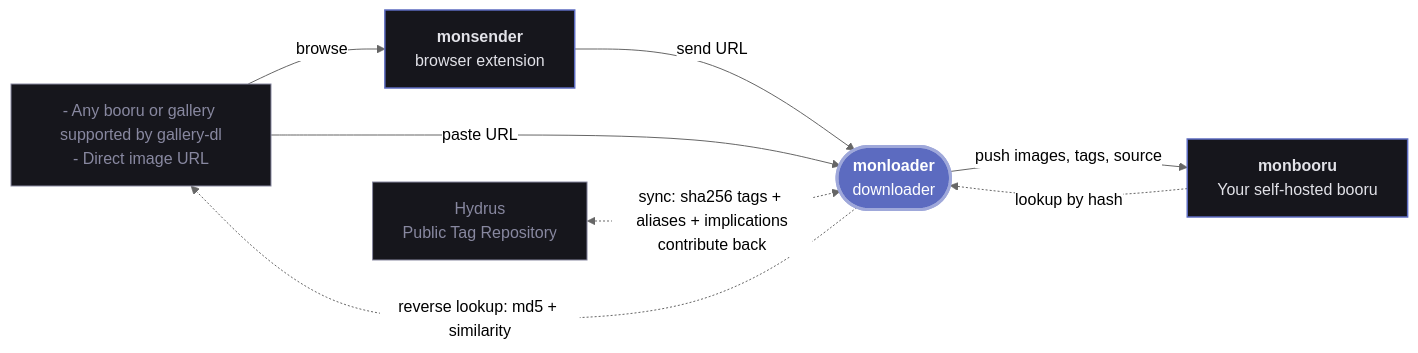
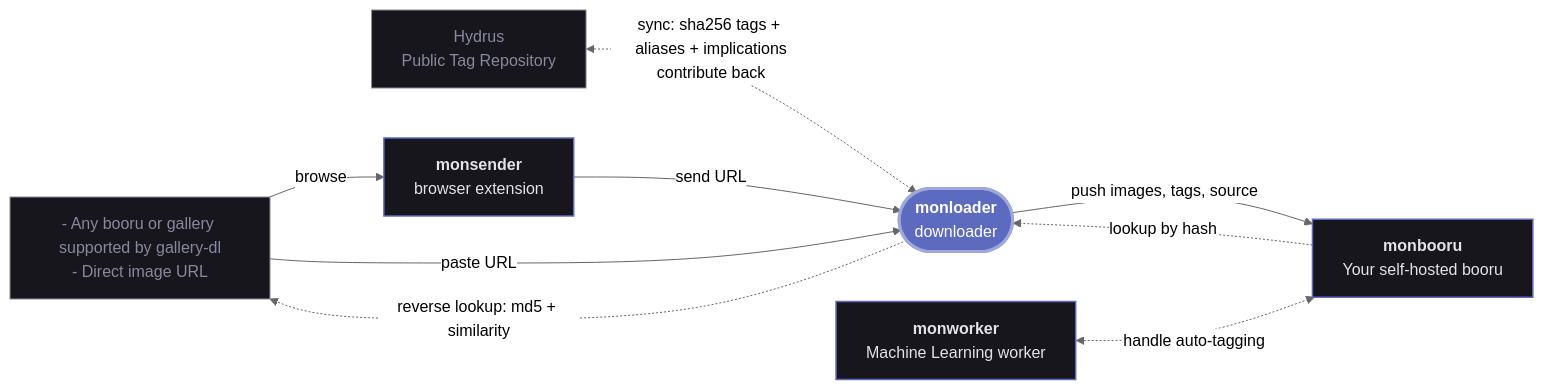
One commit to monbooru/monloader changed the diagram in README.md. Above: the diagram before and after it, drawn with Mermaid (neutral theme). The commit also changed other lines of this file and 81 other files, not shown here.

````diff
--- a/README.md
+++ b/README.md
@@ -33,37 +33,40 @@
 ```mermaid
 ---
 config:
   layout: dagre
   flowchart:
     wrappingWidth: 200
 ---
 flowchart LR
     web["`- Any booru or gallery supported by gallery-dl
 - Direct image URL`"]
     ptr["`Hydrus
 Public Tag Repository`"]
     sender["`**monsender**
 browser extension`"]
     loader(["`**monloader**
 downloader`"])
     booru["`**monbooru**
 Your self-hosted booru`"]
+    worker["`**monworker**
+Machine Learning worker`"]
 
     web -->|browse| sender
     sender -->|send URL| loader
     web -->|paste URL| loader
     loader -->|push images, tags, source| booru
 
     booru -.->|lookup by hash| loader
     loader -.->|reverse lookup: md5 + similarity| web
     ptr <-.->|"`sync: sha256 tags + aliases + implications
 contribute back`"| loader
+    worker <-.->|handle auto-tagging| booru
 
     classDef hub  fill:#5c6bc0,stroke:#9fa8da,stroke-width:3px,color:#ffffff;
     classDef tool fill:#16161c,stroke:#5c6bc0,stroke-width:1.5px,color:#e2e2e8;
     classDef src  fill:#16161c,stroke:#8888a0,stroke-width:1px,color:#8888a0;
 
     class loader hub;
-    class sender,booru tool;
+    class sender,booru,worker tool;
     class web,ptr src;
 ```
````
